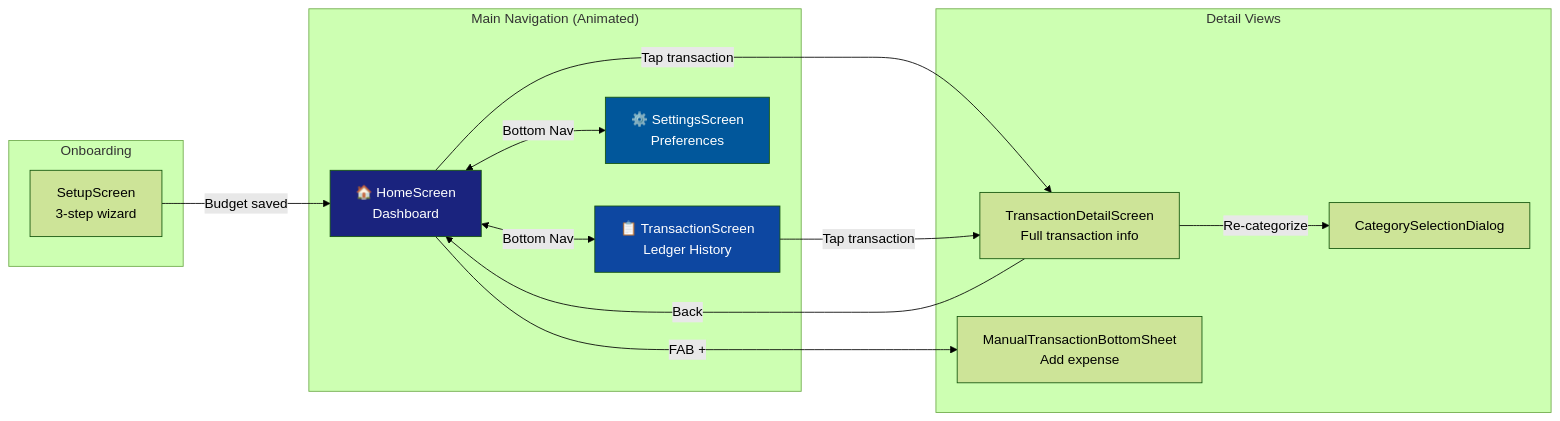
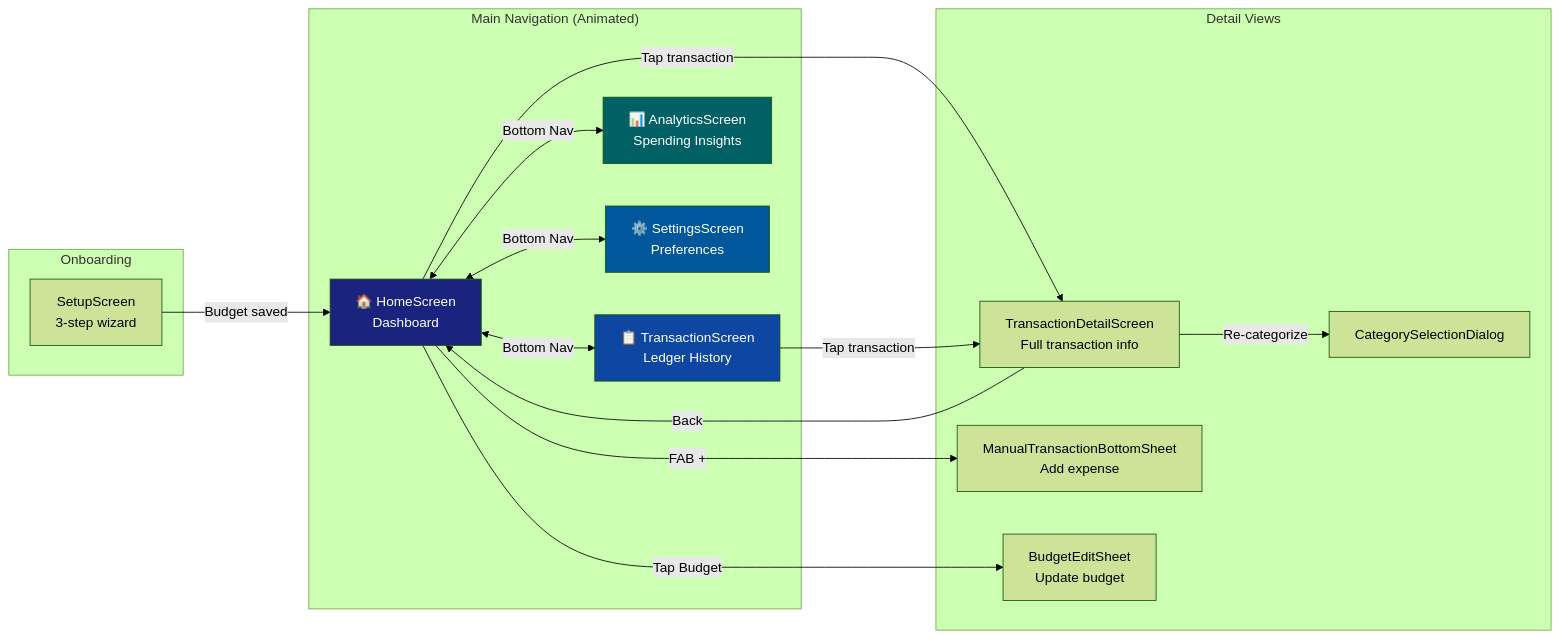
The fourth of 4 diagrams in README.md (RahulGorai0206/expence-tracker), drawn with Mermaid (forest theme) before and after one commit. The commit also changed other lines of this file, not shown here.

````diff
--- a/README.md
+++ b/README.md
@@ -311,31 +330,36 @@
 ```mermaid
 graph LR
     subgraph Onboarding
         SETUP["SetupScreen<br/>3-step wizard"]
     end
 
     subgraph Main Nav ["Main Navigation (Animated)"]
         HOME["🏠 HomeScreen<br/>Dashboard"]
         HISTORY["📋 TransactionScreen<br/>Ledger History"]
+        ANALYTICS["📊 AnalyticsScreen<br/>Spending Insights"]
         SETTINGS["⚙️ SettingsScreen<br/>Preferences"]
     end
 
     subgraph Detail ["Detail Views"]
         DETAIL["TransactionDetailScreen<br/>Full transaction info"]
         MANUAL["ManualTransactionBottomSheet<br/>Add expense"]
+        BUDGET["BudgetEditSheet<br/>Update budget"]
         CAT_DIALOG["CategorySelectionDialog"]
     end
 
     SETUP -->|Budget saved| HOME
     HOME <-->|"Bottom Nav"| HISTORY
+    HOME <-->|"Bottom Nav"| ANALYTICS
     HOME <-->|"Bottom Nav"| SETTINGS
     HOME -->|Tap transaction| DETAIL
     HOME -->|FAB +| MANUAL
+    HOME -->|Tap Budget| BUDGET
     HISTORY -->|Tap transaction| DETAIL
     DETAIL -->|Re-categorize| CAT_DIALOG
     DETAIL -->|Back| HOME
 
     style HOME fill:#1A237E,color:#fff
     style HISTORY fill:#0D47A1,color:#fff
+    style ANALYTICS fill:#006064,color:#fff
     style SETTINGS fill:#01579B,color:#fff
 ```
````
